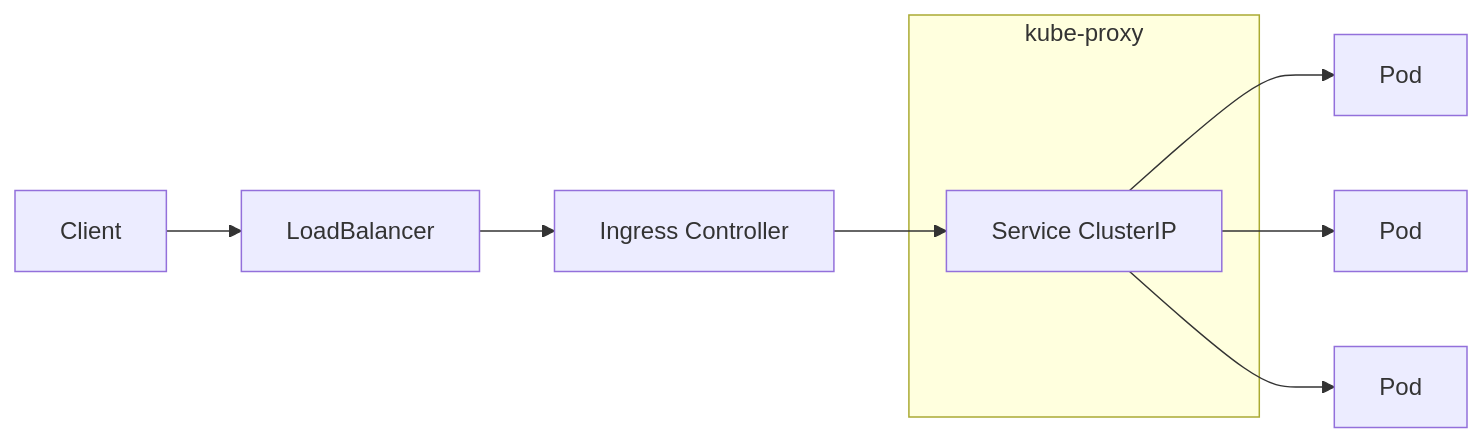
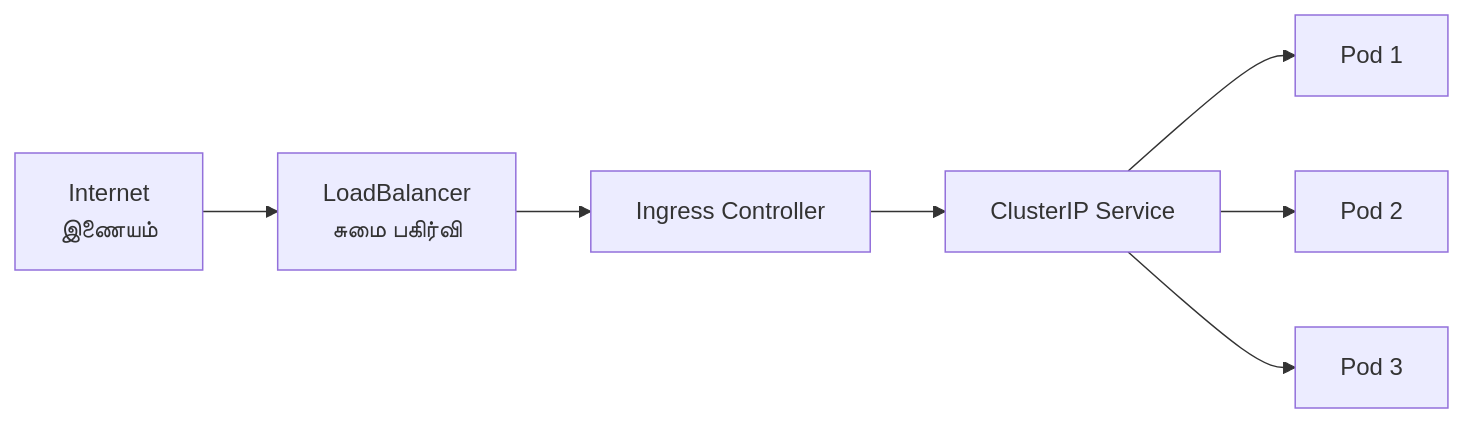
One commit to sanjaiAI/learning changed the diagram in kubernetes/module_03_networking.md. Above: the diagram before and after it, drawn with Mermaid. The commit also changed other lines of this file and 14 other files, not shown here.

````diff
--- a/kubernetes/module_03_networking.md
+++ b/kubernetes/module_03_networking.md
@@ -53,13 +30,9 @@
 ```mermaid
 graph LR
-    Client --> LB[LoadBalancer]
+    Internet[Internet<br/>இணையம்] --> LB[LoadBalancer<br/>சுமை பகிர்வி]
     LB --> Ingress[Ingress Controller]
-    Ingress --> SVC[Service ClusterIP]
-    SVC --> Pod1[Pod]
-    SVC --> Pod2[Pod]
-    SVC --> Pod3[Pod]
-    
-    subgraph kube-proxy
-        SVC
-    end
+    Ingress --> SVC[ClusterIP Service]
+    SVC --> P1[Pod 1]
+    SVC --> P2[Pod 2]
+    SVC --> P3[Pod 3]
 ```
````
